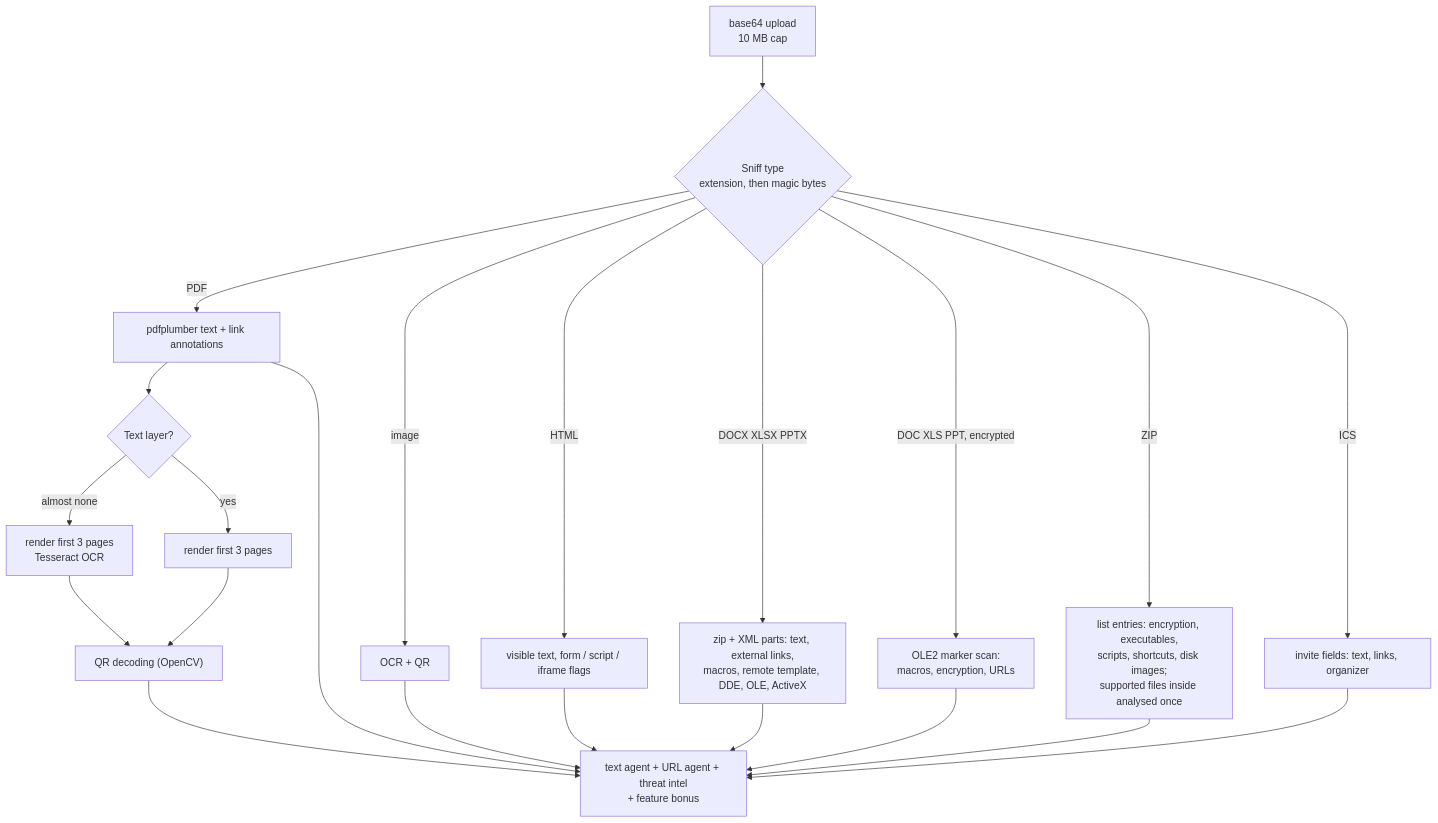
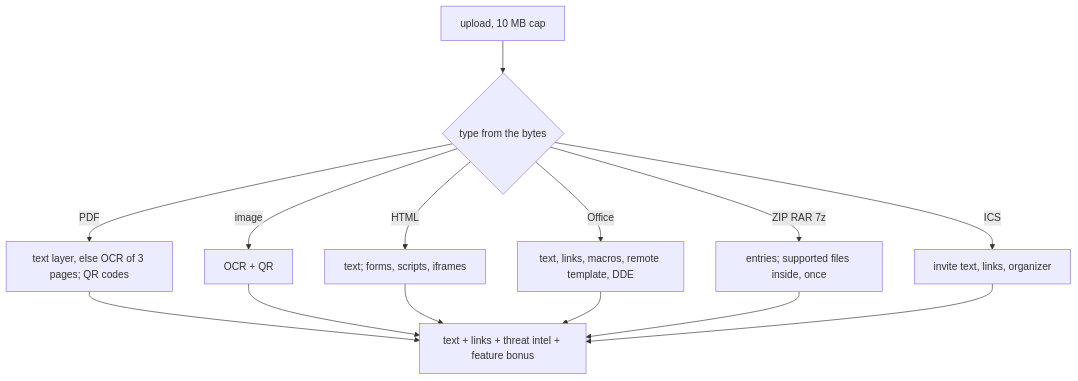
Before and after one commit to AnzouK/PhishLens: the third of 3 diagrams in docs/architecture.md, drawn with Mermaid. The commit also changed other lines of this file and 46 other files, not shown here.

Commit message:
docs, site: one headline figure, who makes it, documentation kept to the reasons

````diff
--- a/docs/architecture.md
+++ b/docs/architecture.md
@@ -239,16 +107,11 @@
 ```mermaid
 flowchart TD
-    B["base64 upload<br/>10 MB cap"] --> M{"Sniff type<br/>extension, then magic bytes"}
-    M -->|PDF| P["pdfplumber text + link annotations"]
-    P --> Q{"Text layer?"}
-    Q -- "almost none" --> O["render first 3 pages<br/>Tesseract OCR"]
-    Q -- yes --> R["render first 3 pages"]
-    O & R --> QR["QR decoding (OpenCV)"]
+    B["upload, 10 MB cap"] --> M{"type from the bytes"}
+    M -->|PDF| P["text layer, else OCR of 3 pages; QR codes"]
     M -->|image| I["OCR + QR"]
-    M -->|HTML| H["visible text, form / script / iframe flags"]
-    M -->|DOCX XLSX PPTX| X["zip + XML parts: text, external links,<br/>macros, remote template, DDE, OLE, ActiveX"]
-    M -->|DOC XLS PPT, encrypted| L["OLE2 marker scan:<br/>macros, encryption, URLs"]
-    M -->|ZIP| Z["list entries: encryption, executables,<br/>scripts, shortcuts, disk images;<br/>supported files inside analysed once"]
-    M -->|ICS| C["invite fields: text, links, organizer"]
-    QR & I & H & X & L & P & Z & C --> A["text agent + URL agent + threat intel<br/>+ feature bonus"]
+    M -->|HTML| H["text; forms, scripts, iframes"]
+    M -->|Office| X["text, links, macros, remote template, DDE"]
+    M -->|ZIP RAR 7z| Z["entries; supported files inside, once"]
+    M -->|ICS| C["invite text, links, organizer"]
+    P & I & H & X & Z & C --> A["text + links + threat intel + feature bonus"]
 ```
````
